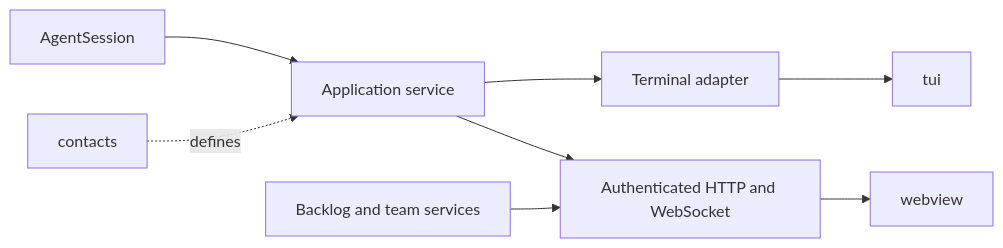
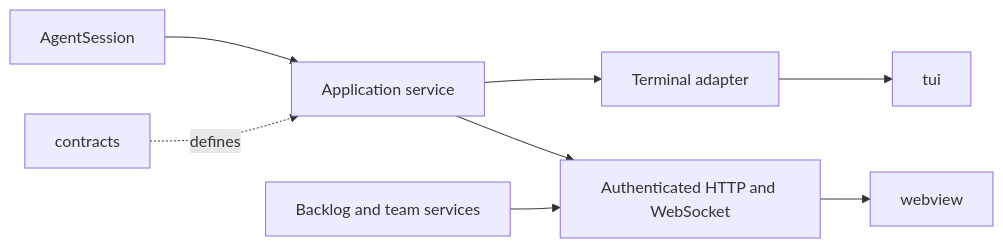
The diagram in docs/INTERFACE_ARCHITECTURE.md (bgauryy/octocode-coding-agent), drawn with Mermaid before and after one commit. The commit also changed other lines of this file and 1115 other files, not shown here.

Commit message:
update flow and docs

````diff
--- a/docs/INTERFACE_ARCHITECTURE.md
+++ b/docs/INTERFACE_ARCHITECTURE.md
@@ -18,10 +18,10 @@
 ```mermaid
 flowchart LR
   Session[AgentSession] --> Port[Application service]
-  Contracts[contacts] -. defines .-> Port
+  Contracts[contracts] -. defines .-> Port
   Port --> Native[Terminal adapter]
   Native --> TUI[tui]
   Port --> Transport[Authenticated HTTP and WebSocket]
   Transport --> Web[webview]
   Domains[Backlog and team services] --> Transport
 ```
````
